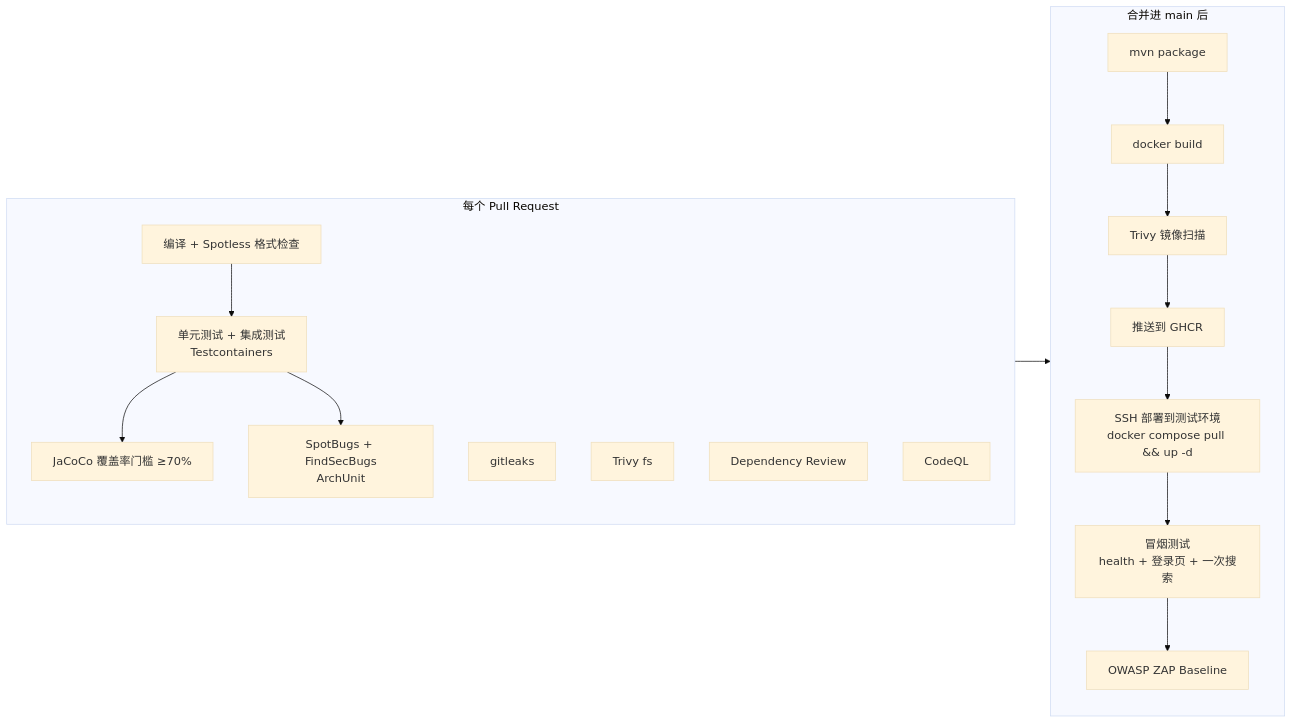
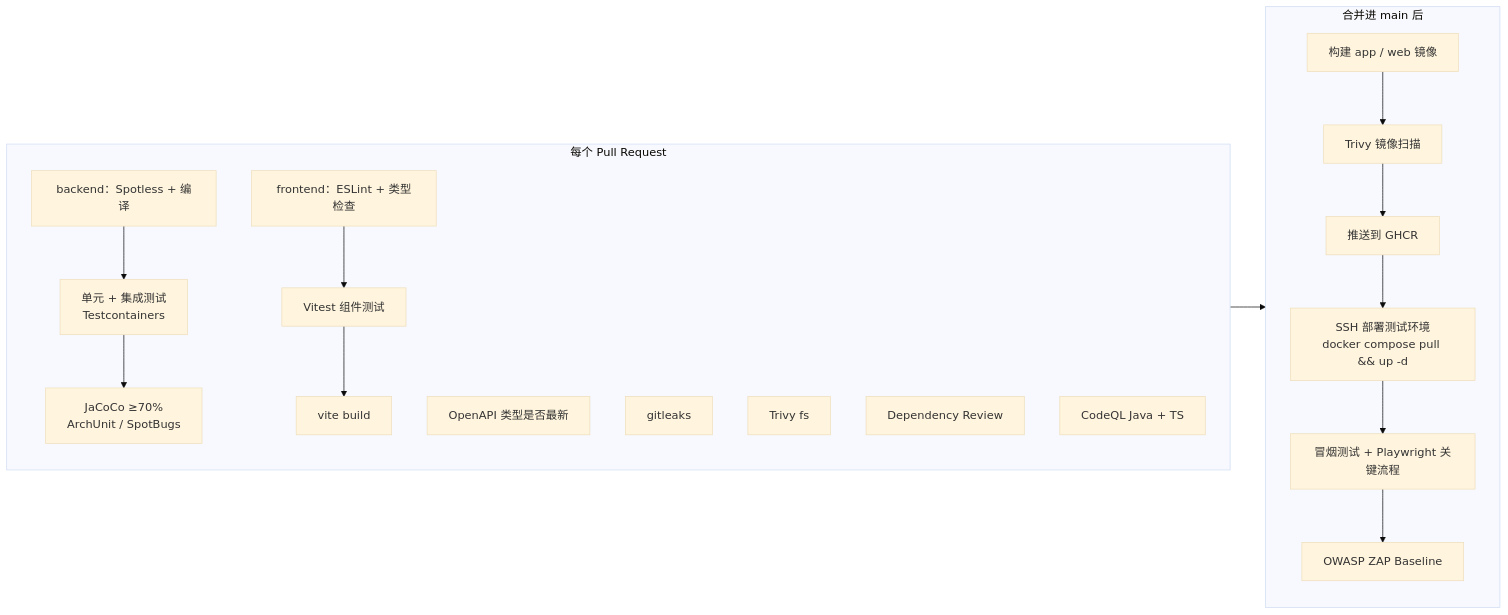
The second of 2 diagrams in docs/tech-stack.md (YukiOvOb/AGFP), drawn with Mermaid (base theme) before and after one commit. The commit also changed other lines of this file and 1 other file, not shown here.

First line of the commit message:
docs: 前端改为 React + TypeScript + Vite，数据库统一 PostgreSQL 18，列出全部技术栈 (#6)

````diff
--- a/docs/tech-stack.md
+++ b/docs/tech-stack.md
@@ -160,21 +238,19 @@
 ```mermaid
 flowchart LR
   subgraph PR[每个 Pull Request]
-    B[编译 + Spotless 格式检查] --> T[单元测试 + 集成测试<br/>Testcontainers]
-    T --> C[JaCoCo 覆盖率门槛 ≥70%]
-    T --> S[SpotBugs + FindSecBugs<br/>ArchUnit]
-    G[gitleaks] 
+    B[backend：Spotless + 编译] --> T[单元 + 集成测试<br/>Testcontainers] --> C[JaCoCo ≥70%<br/>ArchUnit / SpotBugs]
+    F[frontend：ESLint + 类型检查] --> FT[Vitest 组件测试] --> FB[vite build]
+    O[OpenAPI 类型是否最新]
+    G[gitleaks]
     V[Trivy fs]
     R[Dependency Review]
-    Q[CodeQL]
+    Q[CodeQL Java + TS]
   end
   subgraph MAIN[合并进 main 后]
-    P[mvn package] --> I[docker build]
-    I --> TI[Trivy 镜像扫描]
-    TI --> H[推送到 GHCR]
-    H --> D[SSH 部署到测试环境<br/>docker compose pull && up -d]
-    D --> K[冒烟测试<br/>health + 登录页 + 一次搜索]
-    K --> Z[OWASP ZAP Baseline]
+    I[构建 app / web 镜像] --> TI[Trivy 镜像扫描] --> H[推送到 GHCR]
+    H --> D[SSH 部署测试环境<br/>docker compose pull && up -d]
+    D --> E[冒烟测试 + Playwright 关键流程]
+    E --> Z[OWASP ZAP Baseline]
   end
   PR --> MAIN
 ```
````
